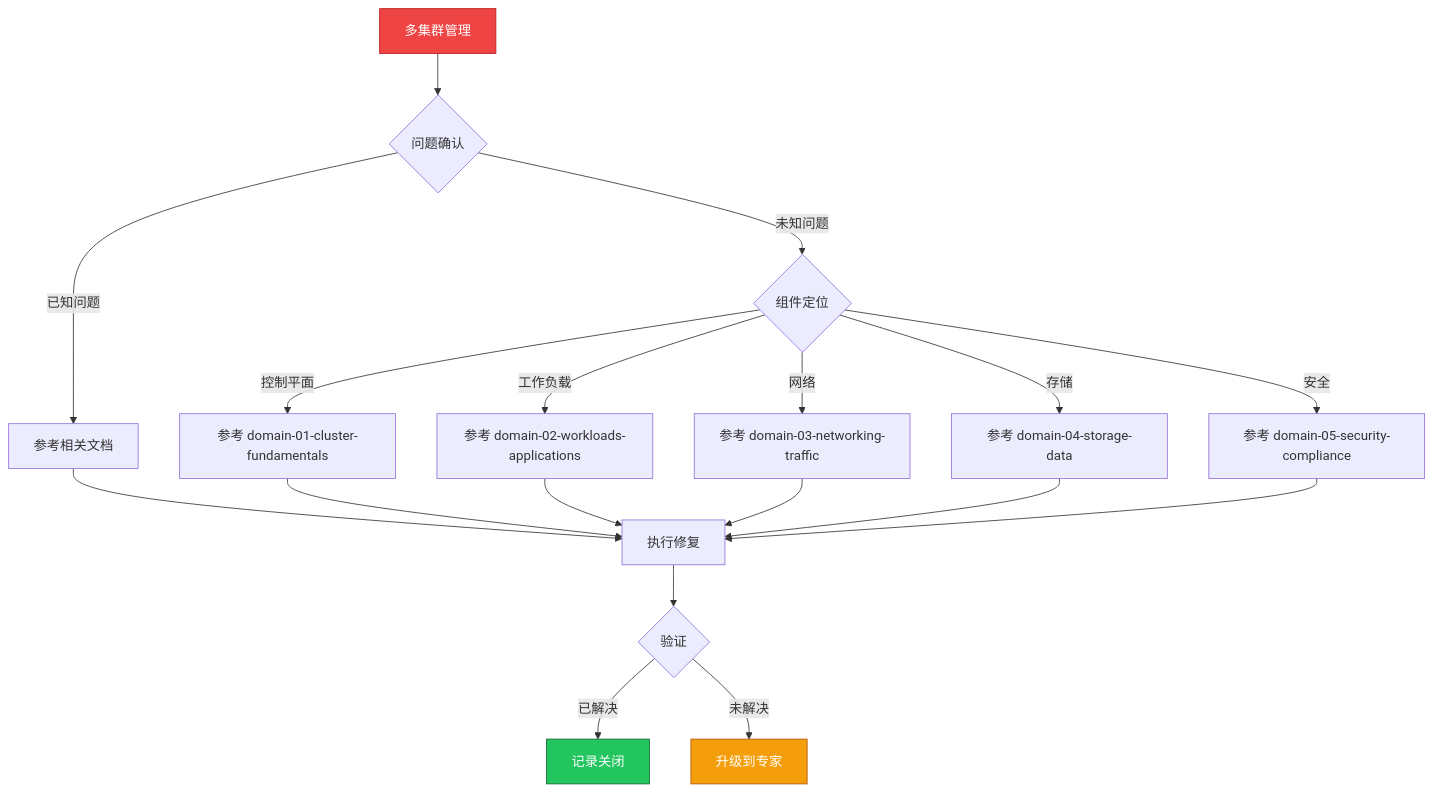
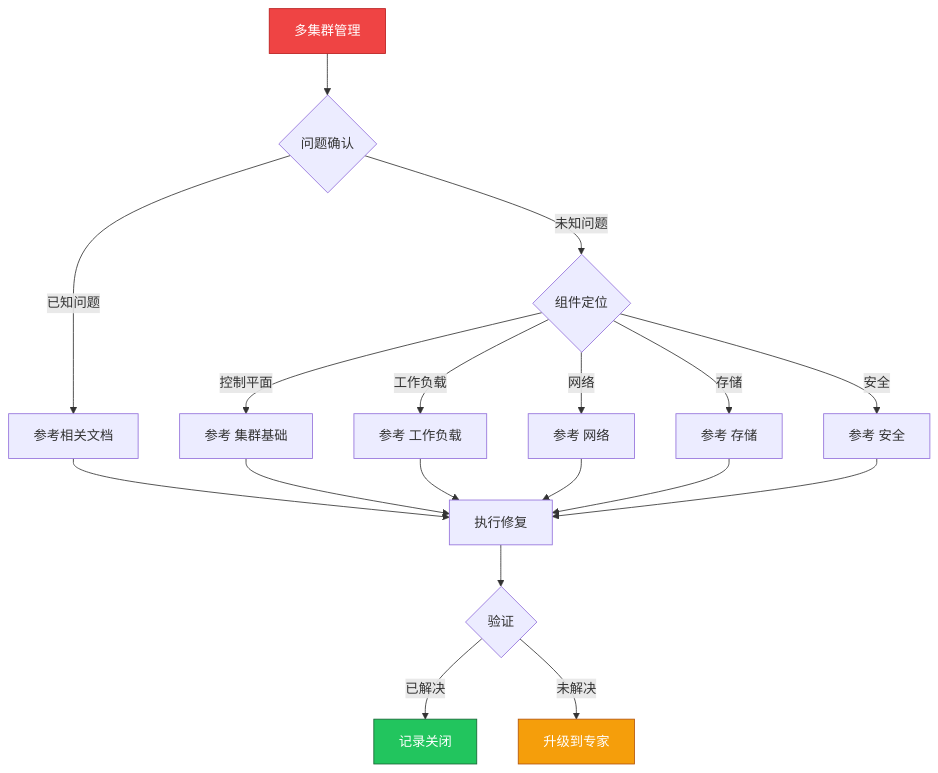
One commit to kudig-io/kudig-database changed the diagram in skills/best-practices/scenarios/multi-cluster.md. Above: the diagram before and after it, drawn with Mermaid. The commit also changed other lines of this file and 7916 other files, not shown here.

````diff
--- a/skills/best-practices/scenarios/multi-cluster.md
+++ b/skills/best-practices/scenarios/multi-cluster.md
@@ -58,26 +58,26 @@
 ```mermaid
 graph TD
     A["多集群管理"] --> B{"问题确认"}
     B -->|"已知问题"| C["参考相关文档"]
     B -->|"未知问题"| D{"组件定位"}
-    D -->|"控制平面"| E["参考 domain-01-cluster-fundamentals"]
-    D -->|"工作负载"| F["参考 domain-02-workloads-applications"]
-    D -->|"网络"| G["参考 domain-03-networking-traffic"]
-    D -->|"存储"| H["参考 domain-04-storage-data"]
-    D -->|"安全"| I["参考 domain-05-security-compliance"]
+    D -->|"控制平面"| E["参考 集群基础"]
+    D -->|"工作负载"| F["参考 工作负载"]
+    D -->|"网络"| G["参考 网络"]
+    D -->|"存储"| H["参考 存储"]
+    D -->|"安全"| I["参考 安全"]
 
     C --> J["执行修复"]
     E --> J
     F --> J
     G --> J
     H --> J
     I --> J
 
     J --> K{"验证"}
     K -->|"已解决"| L["记录关闭"]
     K -->|"未解决"| M["升级到专家"]
 
     style A fill:#ef4444,stroke:#b91c1c,color:#fff
     style L fill:#22c55e,stroke:#166534,color:#fff
     style M fill:#f59e0b,stroke:#b45309,color:#fff
 ```
````
